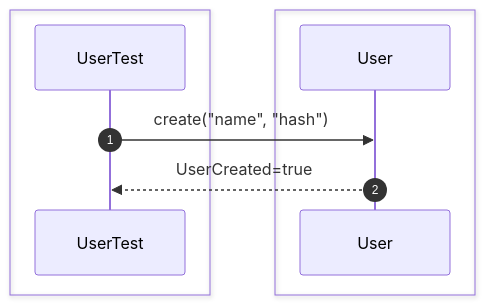
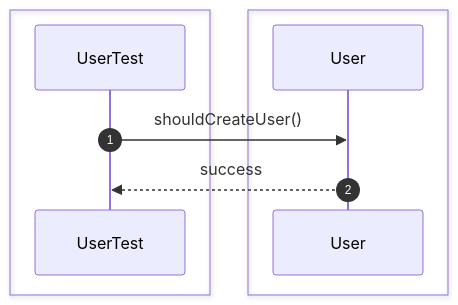
Before and after one commit to Huy1801214/dbms-architecture: diagram 11 of 35 in src/sequence/security.md, drawn with Mermaid. The commit also changed other lines of this file and 68 other files, not shown here.

Commit message:
implement comprehensive unit test suite and architectural sequence documentation

````diff
--- a/src/sequence/security.md
+++ b/src/sequence/security.md
@@ -204,14 +158,13 @@
 ```mermaid
 sequenceDiagram
     autonumber
-
     box #e1f5fe Test Suite
     participant Test as UserTest
     end
-    box #e3f2fd Security Components
-    participant User as User
+    box #e3f2fd User Component
+    participant U as User
     end
 
-    Test->>User: create("name", "hash")
-    User-->>Test: UserCreated=true
+    Test->>U: shouldCreateUser()
+    U-->>Test: success
 ```
````
